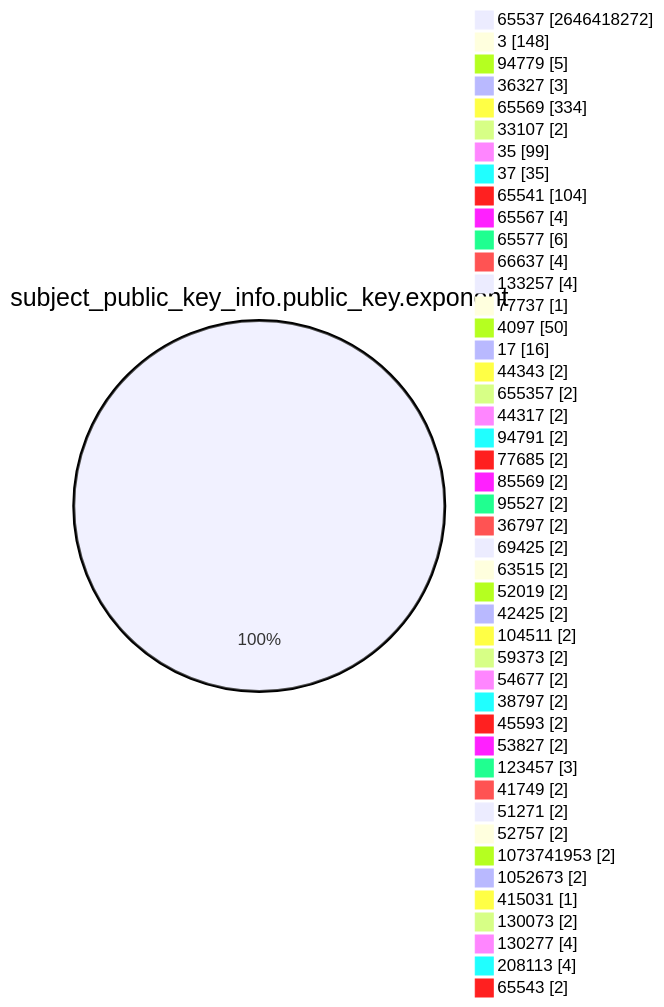
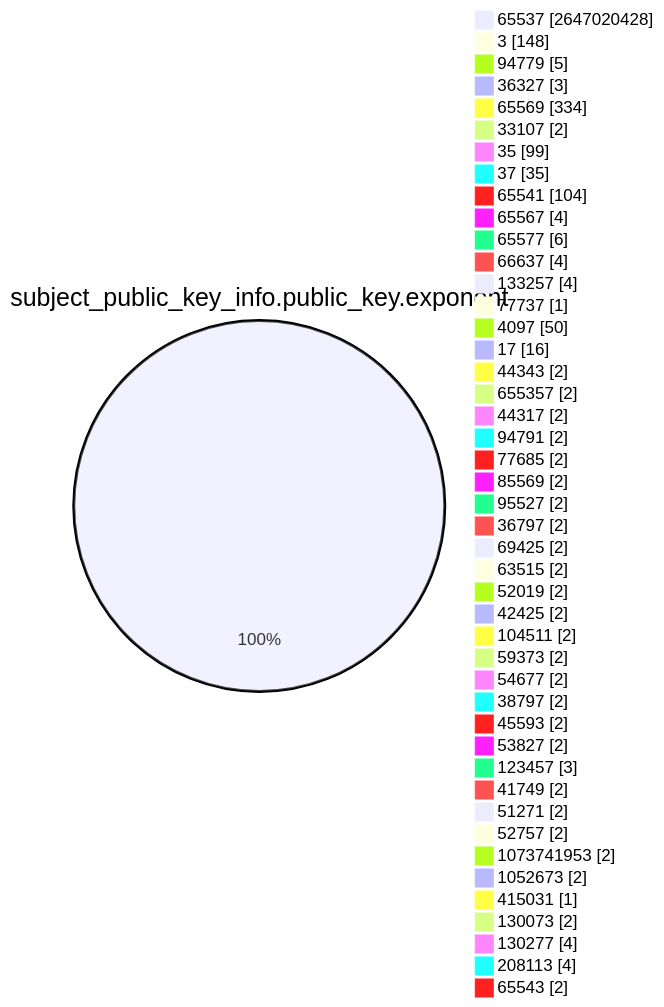
One commit to christiankrug/ctmonitor_visualization changed the fourth of 15 diagrams in TOTAL/README.md. Above: the diagram before and after it, drawn with Mermaid. The commit also changed other lines of this file, not shown here.

````diff
--- a/TOTAL/README.md
+++ b/TOTAL/README.md
@@ -1467,49 +1467,49 @@
 ```mermaid
 pie showData
 title subject_public_key_info.public_key.exponent
-"65537" :2646418272
+"65537" :2647020428
 "3" :148
 "94779" :5
 "36327" :3
 "65569" :334
 "33107" :2
 "35" :99
 "37" :35
 "65541" :104
 "65567" :4
 "65577" :6
 "66637" :4
 "133257" :4
 "77737" :1
 "4097" :50
 "17" :16
 "44343" :2
 "655357" :2
 "44317" :2
 "94791" :2
 "77685" :2
 "85569" :2
 "95527" :2
 "36797" :2
 "69425" :2
 "63515" :2
 "52019" :2
 "42425" :2
 "104511" :2
 "59373" :2
 "54677" :2
 "38797" :2
 "45593" :2
 "53827" :2
 "123457" :3
 "41749" :2
 "51271" :2
 "52757" :2
 "1073741953" :2
 "1052673" :2
 "415031" :1
 "130073" :2
 "130277" :4
 "208113" :4
 "65543" :2
 ```
````
